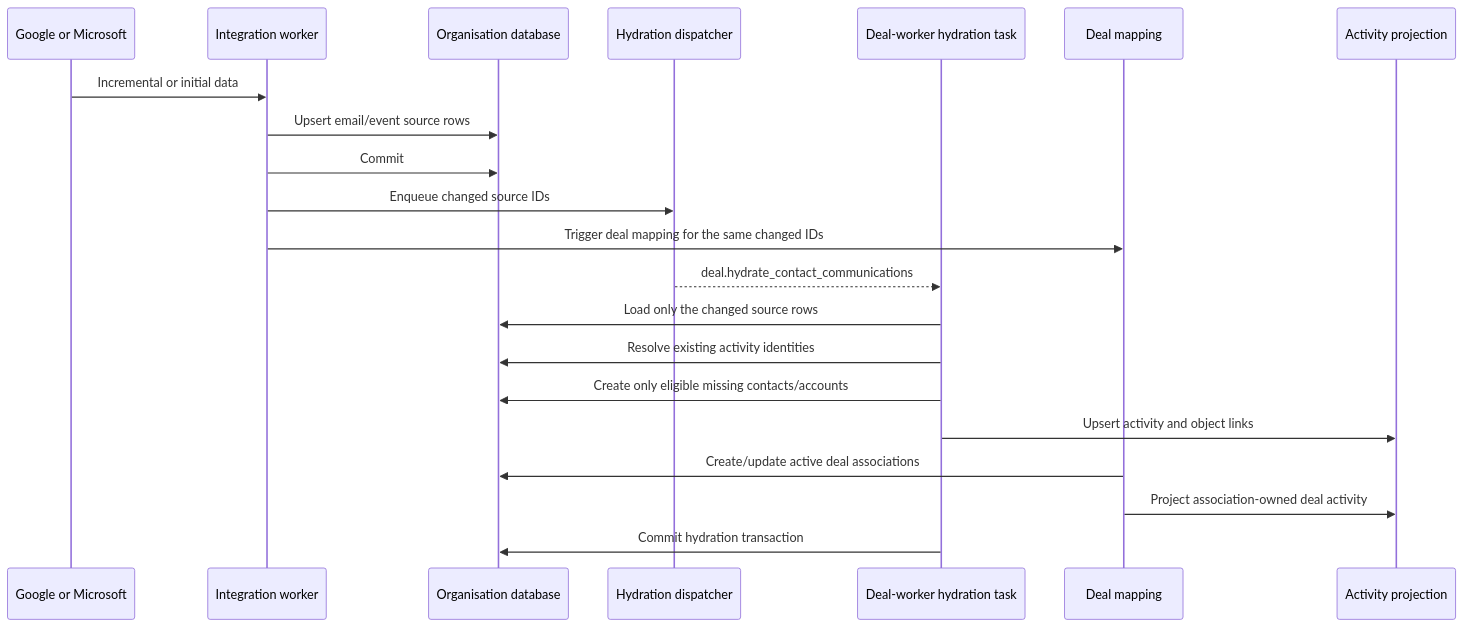
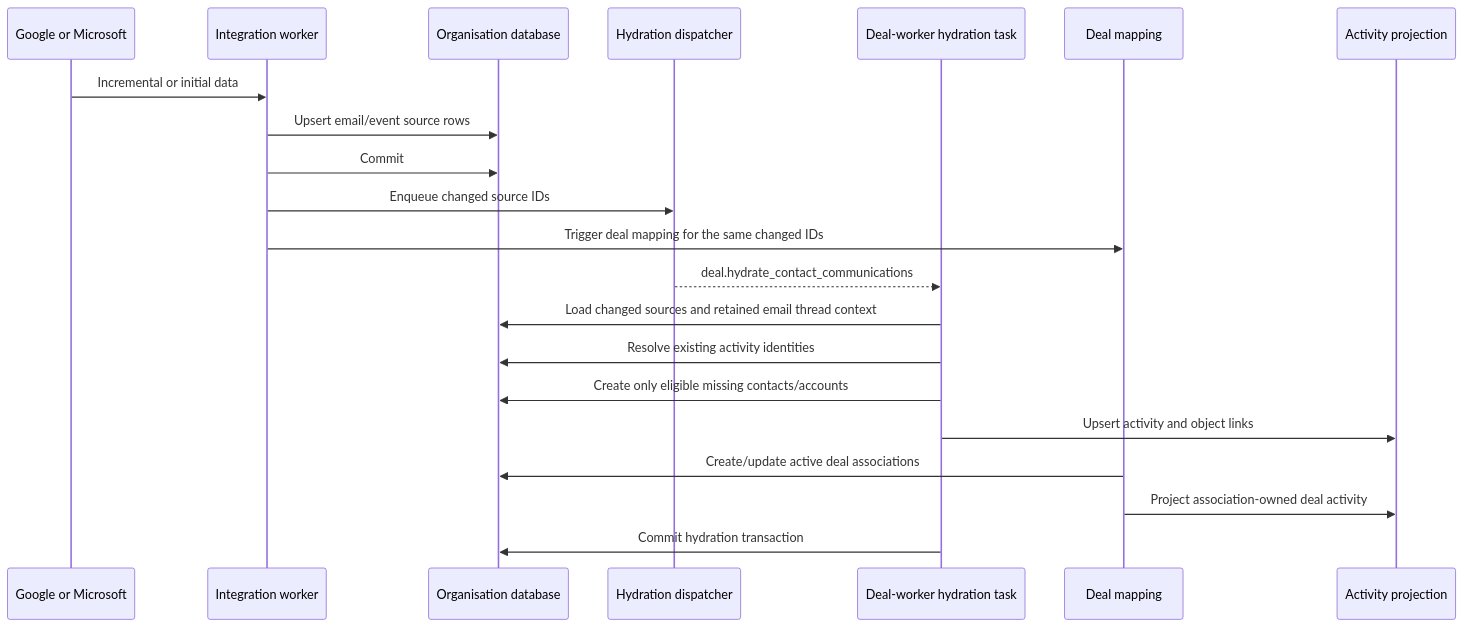
One commit to CopilotGTM/copilot-backend changed the second of 4 diagrams in docs/Technical Documentation/integrations/contact-communication-hydration-flow.md. Above: the diagram before and after it, drawn with Mermaid. The commit also changed other lines of this file and 2 other files, not shown here.

Commit message:
Add relationship-based email contact discovery

````diff
--- a/docs/Technical Documentation/integrations/contact-communication-hydration-flow.md
+++ b/docs/Technical Documentation/integrations/contact-communication-hydration-flow.md
@@ -74,24 +74,24 @@
 ```mermaid
 sequenceDiagram
     participant Provider as Google or Microsoft
     participant Sync as Integration worker
     participant DB as Organisation database
     participant Dispatcher as Hydration dispatcher
     participant Hydrator as Deal-worker hydration task
     participant Mapper as Deal mapping
     participant Feed as Activity projection
 
     Provider->>Sync: Incremental or initial data
     Sync->>DB: Upsert email/event source rows
     Sync->>DB: Commit
     Sync->>Dispatcher: Enqueue changed source IDs
     Sync->>Mapper: Trigger deal mapping for the same changed IDs
     Dispatcher-->>Hydrator: deal.hydrate_contact_communications
-    Hydrator->>DB: Load only the changed source rows
+    Hydrator->>DB: Load changed sources and retained email thread context
     Hydrator->>DB: Resolve existing activity identities
     Hydrator->>DB: Create only eligible missing contacts/accounts
     Hydrator->>Feed: Upsert activity and object links
     Mapper->>DB: Create/update active deal associations
     Mapper->>Feed: Project association-owned deal activity
     Hydrator->>DB: Commit hydration transaction
 ```
````
